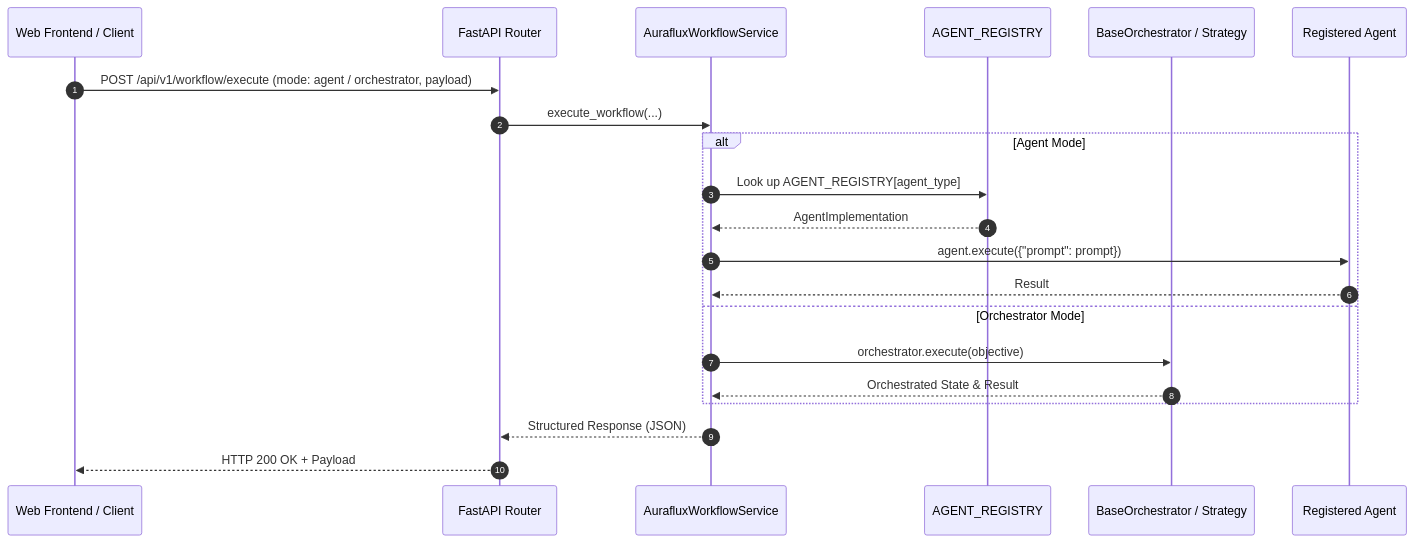
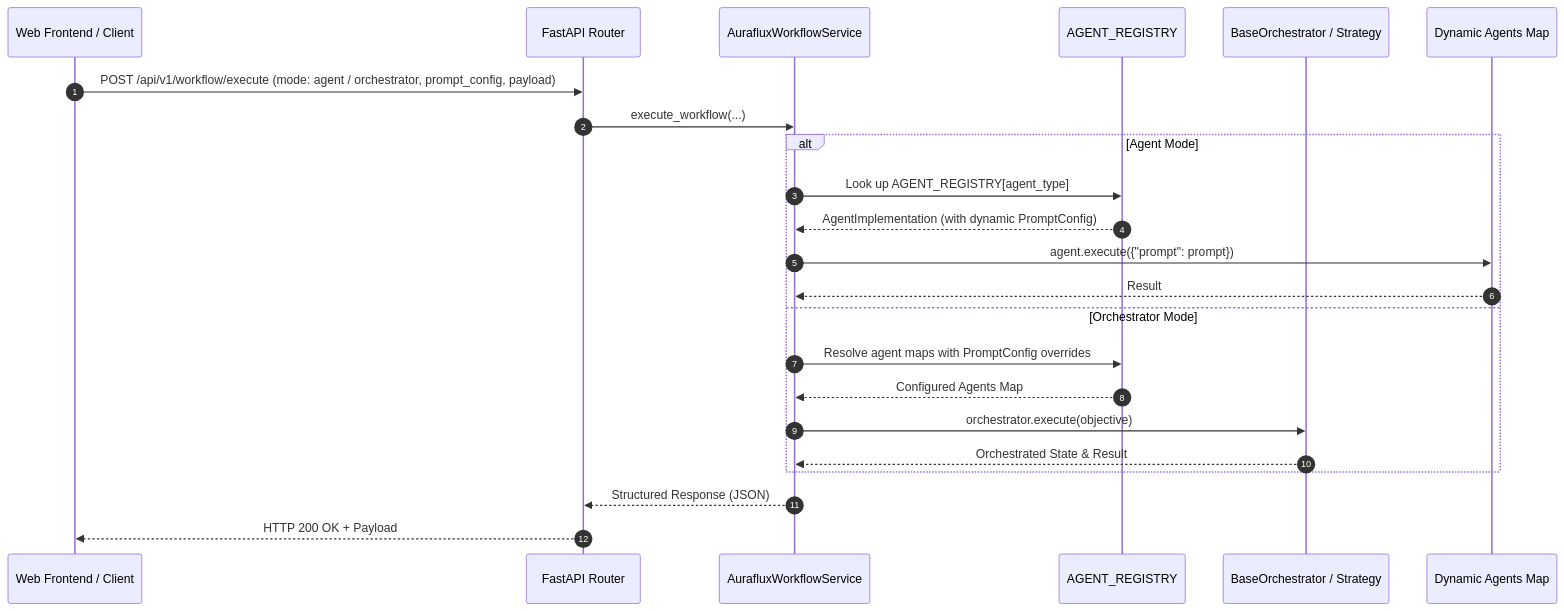
Before and after one commit to solarfresh/Auraflux-Core: the diagram in manual/tutorials/backend-integration.md, drawn with Mermaid. The commit also changed other lines of this file, not shown here.

````diff
--- a/manual/tutorials/backend-integration.md
+++ b/manual/tutorials/backend-integration.md
@@ -21,24 +23,26 @@
 ```mermaid
 sequenceDiagram
     autonumber
     participant Client as Web Frontend / Client
     participant API as FastAPI Router
     participant Svc as AurafluxWorkflowService
     participant Reg as AGENT_REGISTRY
     participant Orch as BaseOrchestrator / Strategy
-    participant Ag as Registered Agent
+    participant Ag as Dynamic Agents Map
 
-    Client->>API: POST /api/v1/workflow/execute (mode: agent / orchestrator, payload)
+    Client->>API: POST /api/v1/workflow/execute (mode: agent / orchestrator, prompt_config, payload)
     API->>Svc: execute_workflow(...)
     alt Agent Mode
         Svc->>Reg: Look up AGENT_REGISTRY[agent_type]
-        Reg-->>Svc: AgentImplementation
+        Reg-->>Svc: AgentImplementation (with dynamic PromptConfig)
         Svc->>Ag: agent.execute({"prompt": prompt})
         Ag-->>Svc: Result
     else Orchestrator Mode
+        Svc->>Reg: Resolve agent maps with PromptConfig overrides
+        Reg-->>Svc: Configured Agents Map
         Svc->>Orch: orchestrator.execute(objective)
         Orch-->>Svc: Orchestrated State & Result
     end
     Svc-->>API: Structured Response (JSON)
     API-->>Client: HTTP 200 OK + Payload
 ```
````
